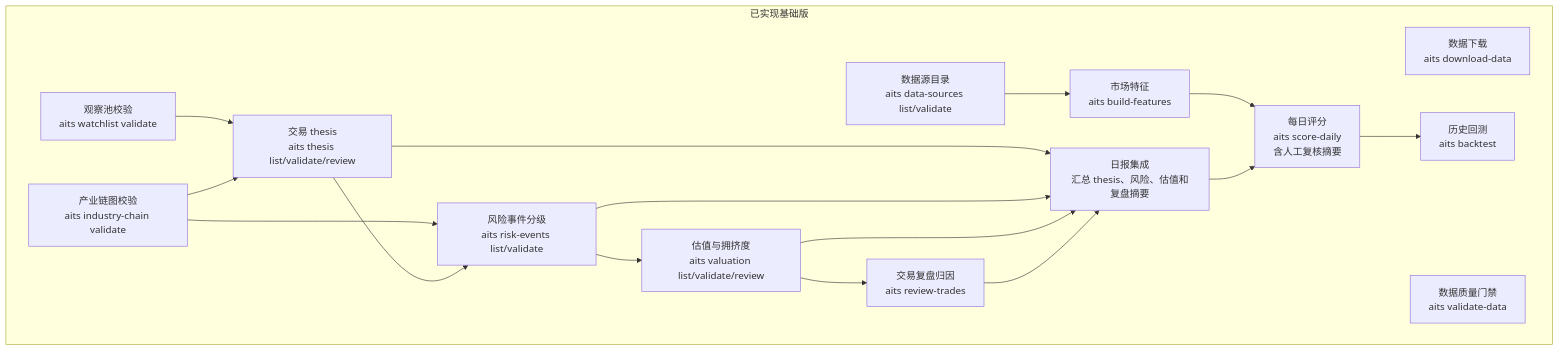
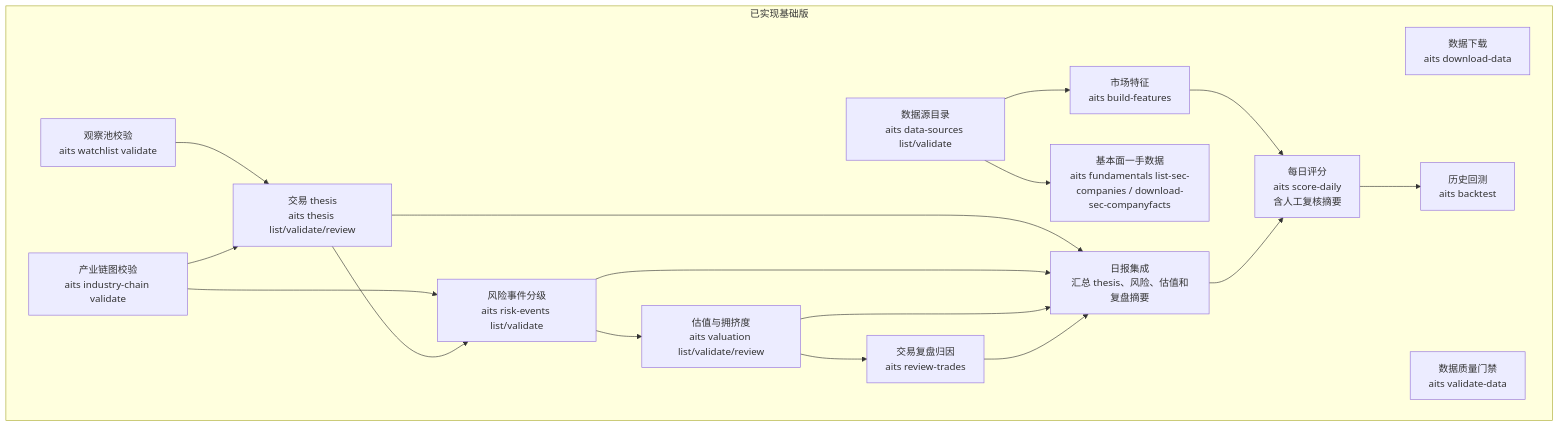
Before and after one commit to AI-Trading-Collaboration/AITradingSystem: the fifth of 5 diagrams in docs/system_flow.md, drawn with Mermaid. The commit also changed other lines of this file and 14 other files, not shown here.

````diff
--- a/docs/system_flow.md
+++ b/docs/system_flow.md
@@ -268,33 +276,35 @@
 ```mermaid
 flowchart TD
     subgraph Done["已实现基础版"]
         A["数据下载<br/>aits download-data"]
         B["数据质量门禁<br/>aits validate-data"]
         C["市场特征<br/>aits build-features"]
         D["每日评分<br/>aits score-daily<br/>含人工复核摘要"]
         E["历史回测<br/>aits backtest"]
         F["观察池校验<br/>aits watchlist validate"]
         G["产业链图校验<br/>aits industry-chain validate"]
         H["交易 thesis<br/>aits thesis list/validate/review"]
         I["风险事件分级<br/>aits risk-events list/validate"]
         J["估值与拥挤度<br/>aits valuation list/validate/review"]
         K["交易复盘归因<br/>aits review-trades"]
         L["日报集成<br/>汇总 thesis、风险、估值和复盘摘要"]
         M["数据源目录<br/>aits data-sources list/validate"]
+        N["基本面一手数据<br/>aits fundamentals list-sec-companies / download-sec-companyfacts"]
     end
 
     C --> D
     D --> E
     F --> H
     G --> H
     G --> I
     H --> I
     I --> J
     J --> K
     M --> C
+    M --> N
     H --> L
     I --> L
     J --> L
     K --> L
     L --> D
 ```
````
